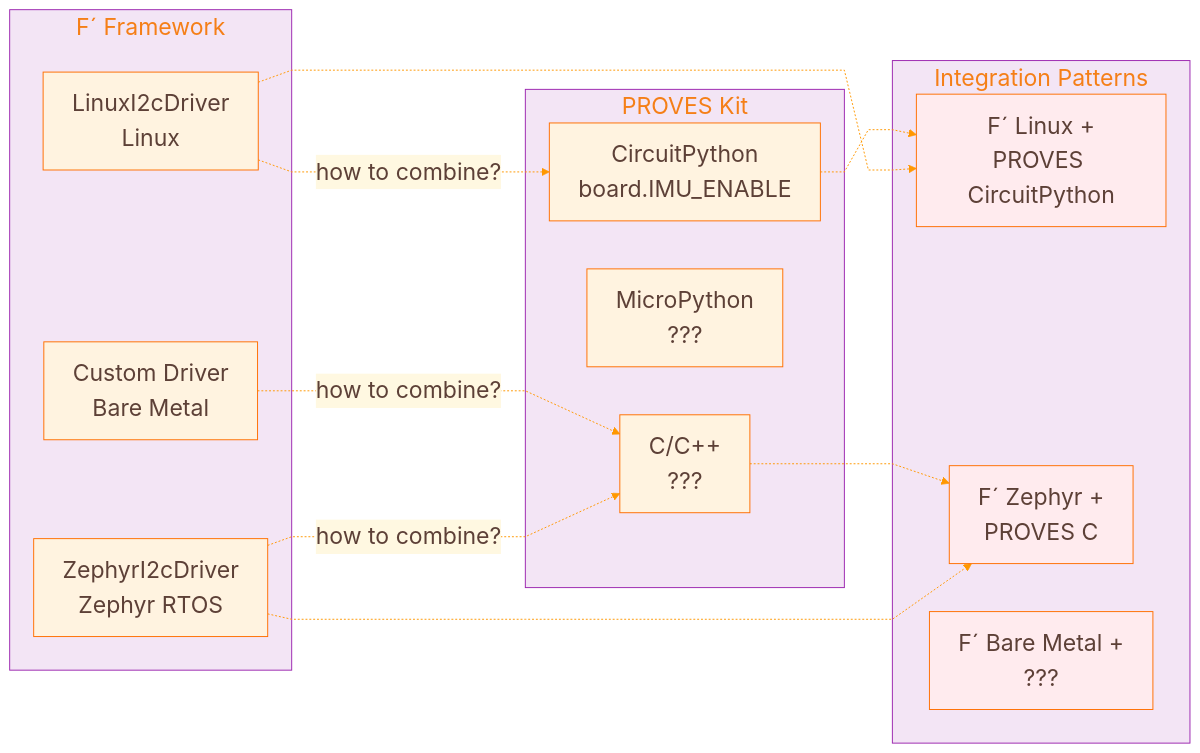
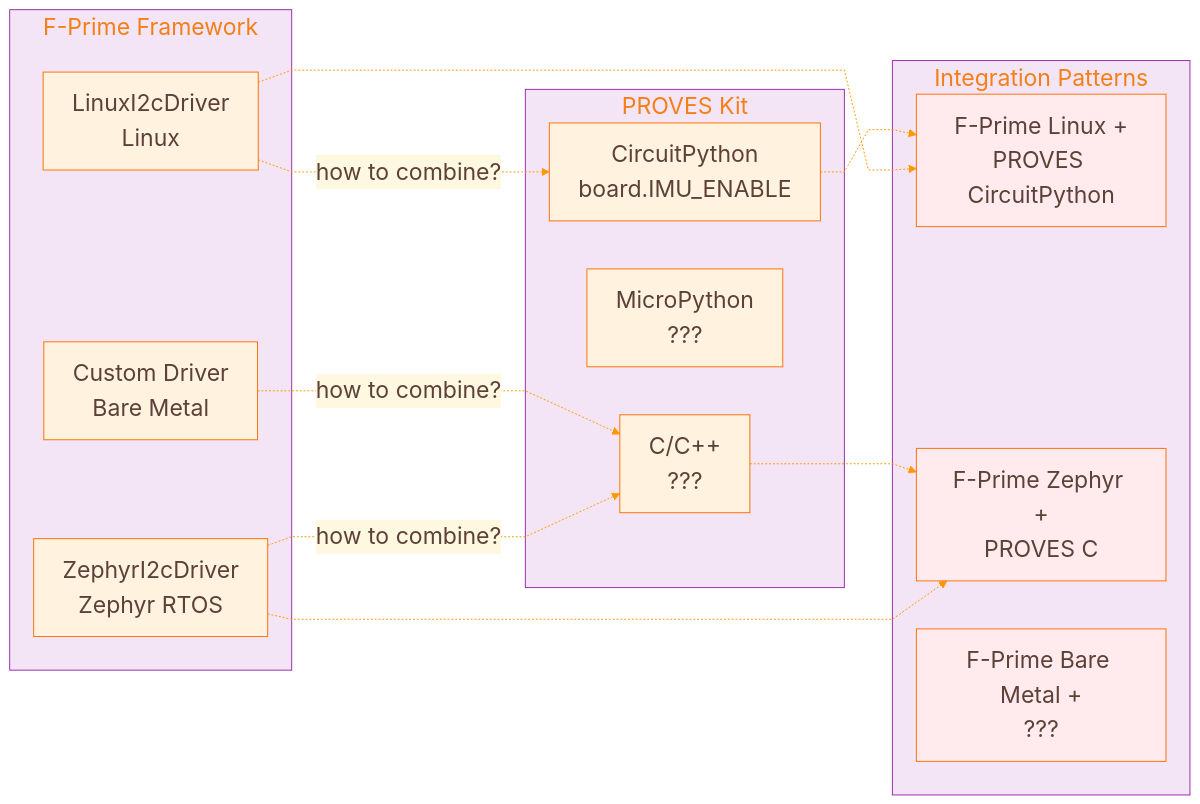
One commit to Lizo-RoadTown/PROVES_LIBRARY changed the seventh of 9 diagrams in docs/diagrams/knowledge-gaps.md. Above: the diagram before and after it, drawn with Mermaid. The commit also changed other lines of this file and 5 other files, not shown here.

```diff
--- a/docs/diagrams/knowledge-gaps.md
+++ b/docs/diagrams/knowledge-gaps.md
@@ -1779,7 +1779,7 @@
     boxMargin: 10
 ---
 flowchart LR
-    subgraph "F´ Framework"
+    subgraph "F-Prime Framework"
         F_LINUX[LinuxI2cDriver<br/>Linux]
         F_ZEPHYR[ZephyrI2cDriver<br/>Zephyr RTOS]
         F_BAREMETAL[Custom Driver<br/>Bare Metal]
@@ -1792,9 +1792,9 @@
     end
 
     subgraph "Integration Patterns"
-        INT1[F´ Linux +<br/>PROVES CircuitPython]
-        INT2[F´ Zephyr +<br/>PROVES C]
-        INT3[F´ Bare Metal +<br/>???]
+        INT1[F-Prime Linux +<br/>PROVES CircuitPython]
+        INT2[F-Prime Zephyr +<br/>PROVES C]
+        INT3[F-Prime Bare Metal +<br/>???]
     end
 
     F_LINUX -.->|how to combine?| P_CIRCUITPY
```
